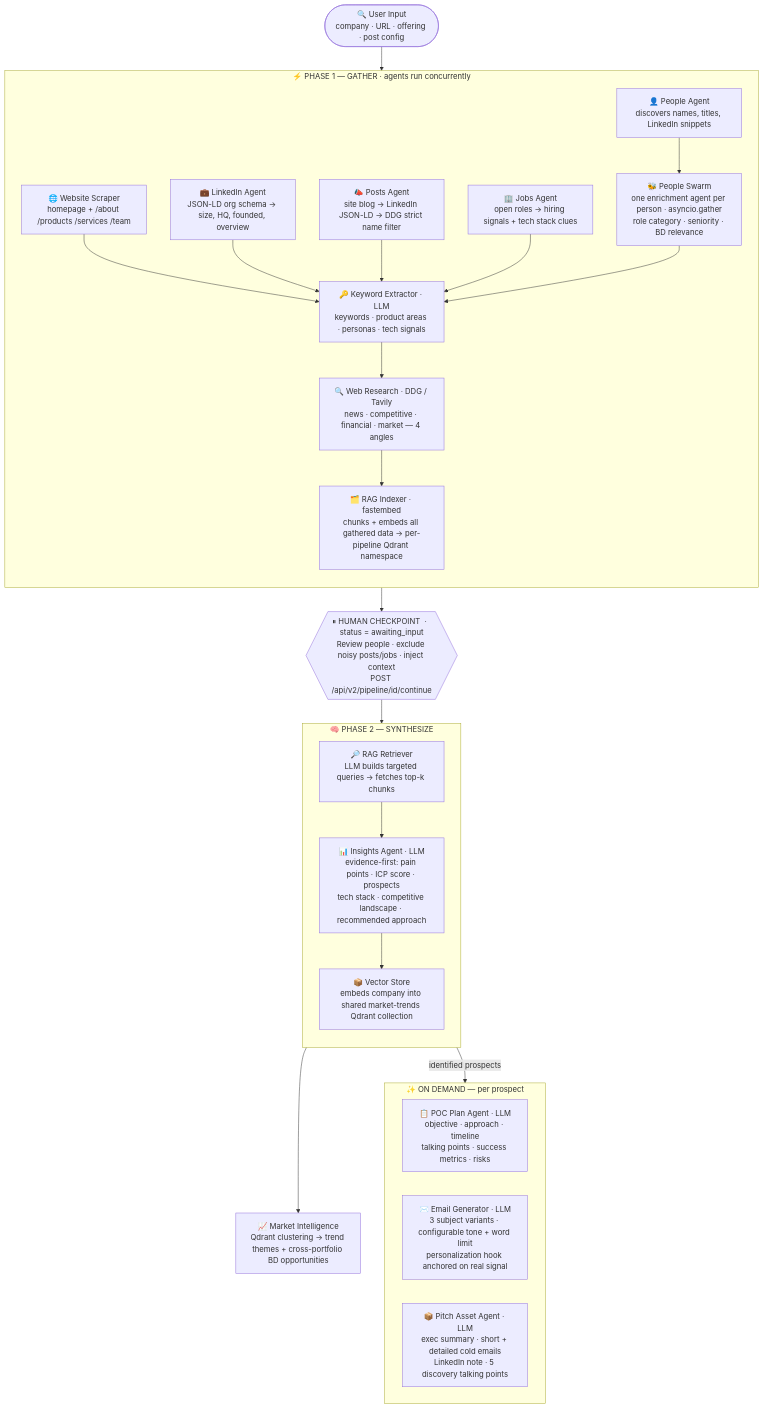
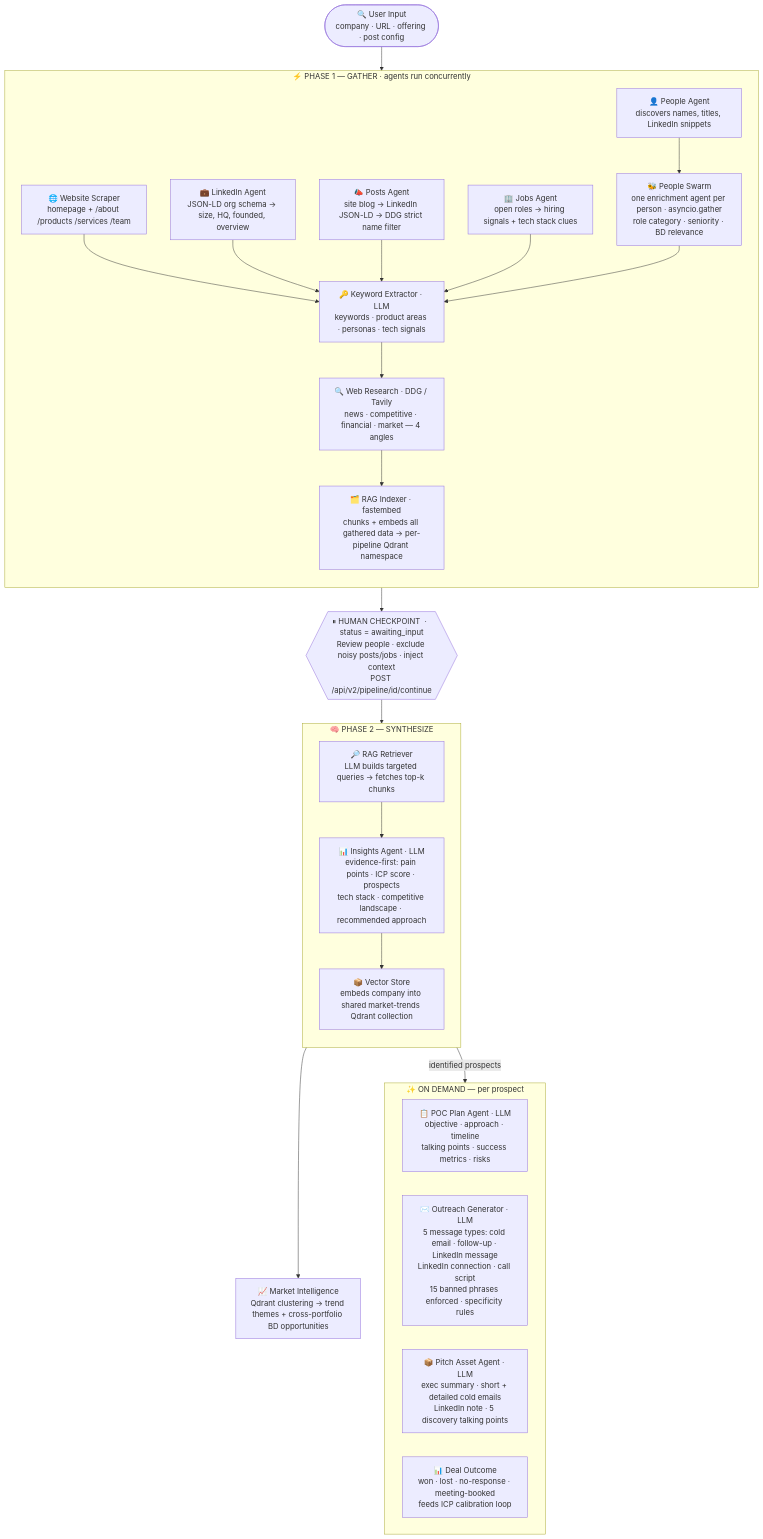
The second of 6 diagrams in README.md (manideepsp/BDDev), drawn with Mermaid before and after one commit. The commit also changed other lines of this file, not shown here.

Commit message:
docs: update README with auth, 5-type outreach, deal outcomes, design system

````diff
--- a/README.md
+++ b/README.md
@@ -72,48 +75,49 @@
 ```mermaid
 flowchart TD
     Input(["🔍 User Input\ncompany · URL · offering · post config"])
 
     subgraph Gather["⚡ PHASE 1 — GATHER  ·  agents run concurrently"]
         direction TB
 
         WS["🌐 Website Scraper\nhomepage + /about /products /services /team"]
         LI["💼 LinkedIn Agent\nJSON-LD org schema → size, HQ, founded, overview"]
         PO["📣 Posts Agent\nsite blog → LinkedIn JSON-LD → DDG strict name filter"]
         JO["🏢 Jobs Agent\nopen roles → hiring signals + tech stack clues"]
         PE["👤 People Agent\ndiscovers names, titles, LinkedIn snippets"]
         SW["🐝 People Swarm\none enrichment agent per person · asyncio.gather\nrole category · seniority · BD relevance"]
 
         KW["🔑 Keyword Extractor · LLM\nkeywords · product areas · personas · tech signals"]
         RW["🔍 Web Research · DDG / Tavily\nnews · competitive · financial · market — 4 angles"]
         RI["🗂️ RAG Indexer · fastembed\nchunks + embeds all gathered data → per-pipeline Qdrant namespace"]
 
         PE --> SW
         WS & LI & PO & JO & SW --> KW --> RW --> RI
     end
 
     HC{{"⏸ HUMAN CHECKPOINT  ·  status = awaiting_input\nReview people · exclude noisy posts/jobs · inject context\nPOST /api/v2/pipeline/id/continue"}}
 
     subgraph Synth["🧠 PHASE 2 — SYNTHESIZE"]
         direction TB
         RR["🔎 RAG Retriever\nLLM builds targeted queries → fetches top-k chunks"]
         IA["📊 Insights Agent · LLM\nevidence-first: pain points · ICP score · prospects\ntech stack · competitive landscape · recommended approach"]
         VS["📦 Vector Store\nembeds company into shared market-trends Qdrant collection"]
 
         RR --> IA --> VS
     end
 
     subgraph OnDemand["✨ ON DEMAND — per prospect"]
         direction LR
         PP["📋 POC Plan Agent · LLM\nobjective · approach · timeline\ntalking points · success metrics · risks"]
-        EG["✉️ Email Generator · LLM\n3 subject variants · configurable tone + word limit\npersonalization hook anchored on real signal"]
+        EG["✉️ Outreach Generator · LLM\n5 message types: cold email · follow-up · LinkedIn message\nLinkedIn connection · call script\n15 banned phrases enforced · specificity rules"]
         PA["📦 Pitch Asset Agent · LLM\nexec summary · short + detailed cold emails\nLinkedIn note · 5 discovery talking points"]
+        DO["📊 Deal Outcome\nwon · lost · no-response · meeting-booked\nfeeds ICP calibration loop"]
     end
 
     MI["📈 Market Intelligence\nQdrant clustering → trend themes + cross-portfolio BD opportunities"]
 
     Input --> Gather
     Gather --> HC
     HC --> Synth
     IA -->|"identified prospects"| OnDemand
     VS --> MI
 ```
````
